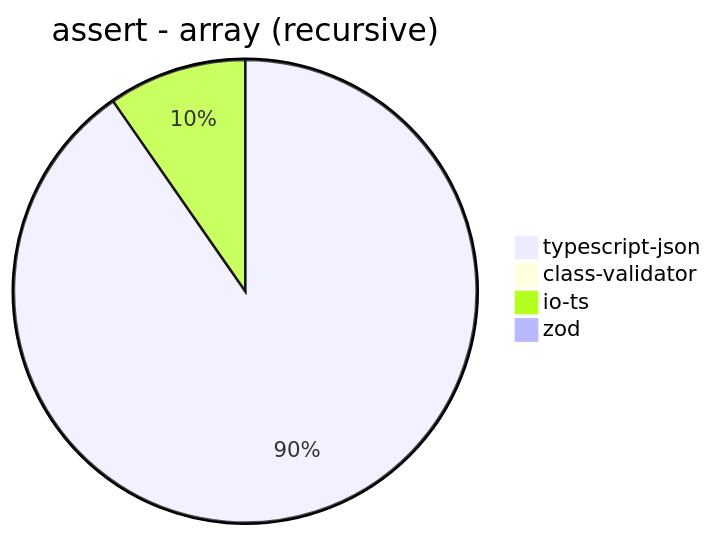
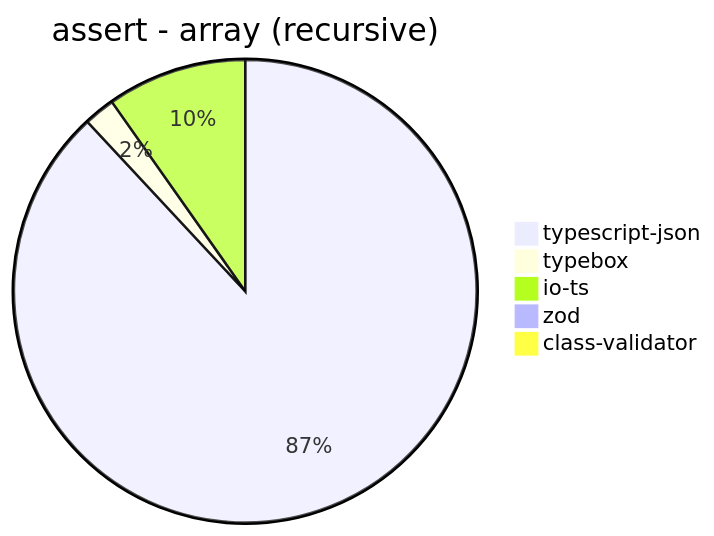
Diagram 13 of 39 in benchmark/results/AMD Ryzen 9 5900HX with Radeon Graphics.md (samchon/typia), drawn with Mermaid before and after one commit. The commit also changed other lines of this file and 7 other files, not shown here.

````diff
--- a/benchmark/results/AMD Ryzen 9 5900HX with Radeon Graphics.md
+++ b/benchmark/results/AMD Ryzen 9 5900HX with Radeon Graphics.md
@@ -154,7 +166,8 @@
 ```mermaid
 pie title assert - array (recursive)
-  "typescript-json": 1716.1789066813915
-  "class-validator": 3.949595636637201
-  "io-ts": 183.69565217391306
-  "zod": 9.884052461509219
+  "typescript-json": 1671.1762495302517
+  "typebox": 41.171088746569076
+  "io-ts": 185.30001823819077
+  "zod": 9.846619958341224
+  "class-validator": 4.161937192584185
 ```
````
